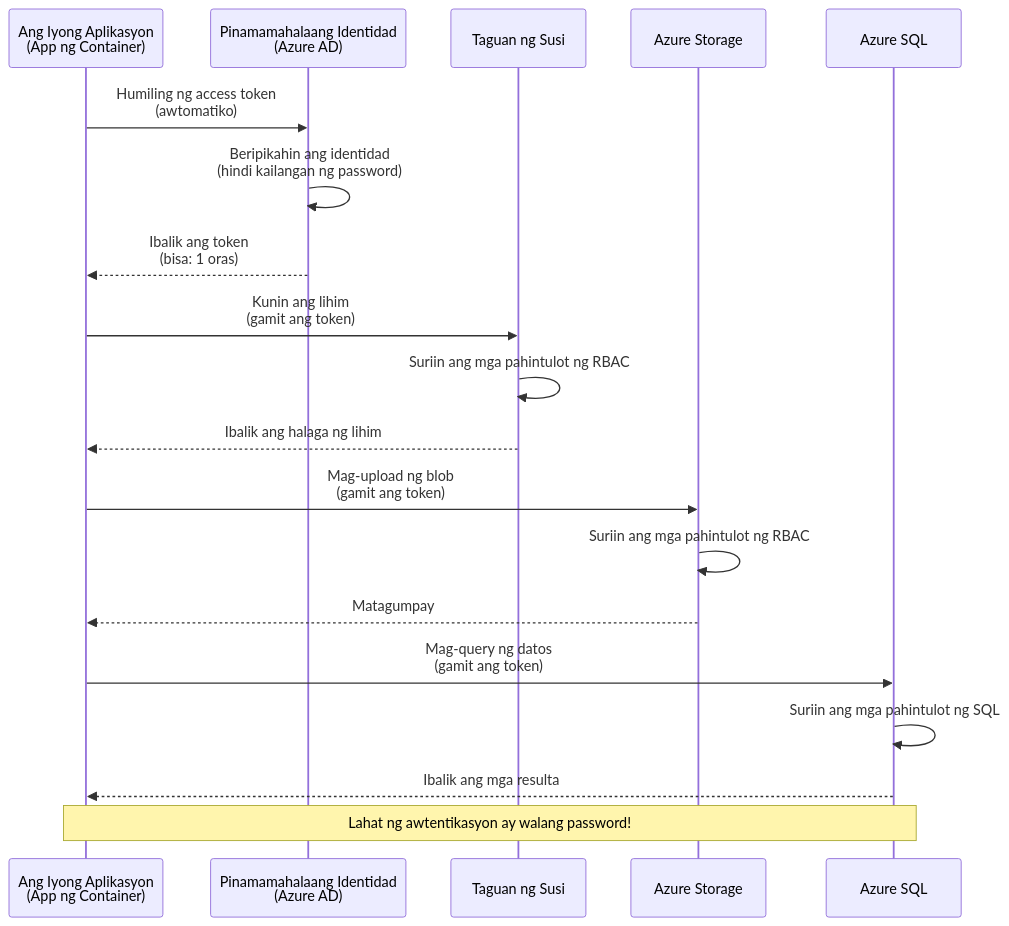
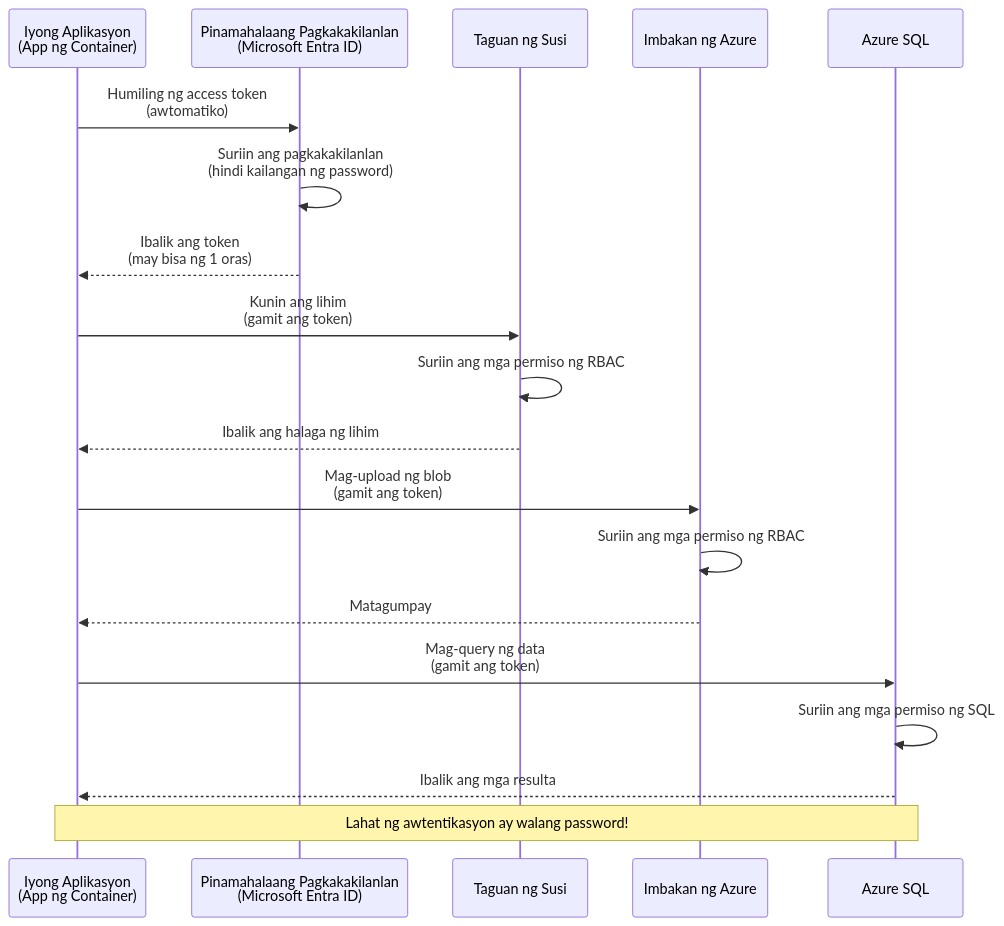
Before and after one commit to microsoft/AZD-for-beginners: the first of 2 diagrams in translations/tl/docs/chapter-03-configuration/authsecurity.md, drawn with Mermaid. The commit also changed other lines of this file and 104 other files, not shown here.

````diff
--- a/translations/tl/docs/chapter-03-configuration/authsecurity.md
+++ b/translations/tl/docs/chapter-03-configuration/authsecurity.md
@@ -69,26 +69,26 @@
 ```mermaid
 sequenceDiagram
-    participant App as Ang Iyong Aplikasyon<br/>(App ng Container)
-    participant MI as Pinamamahalaang Identidad<br/>(Azure AD)
+    participant App as Iyong Aplikasyon<br/>(App ng Container)
+    participant MI as Pinamahalaang Pagkakakilanlan<br/>(Microsoft Entra ID)
     participant KV as Taguan ng Susi
-    participant Storage as Azure Storage
+    participant Storage as Imbakan ng Azure
     participant DB as Azure SQL
     
     App->>MI: Humiling ng access token<br/>(awtomatiko)
-    MI->>MI: Beripikahin ang identidad<br/>(hindi kailangan ng password)
-    MI-->>App: Ibalik ang token<br/>(bisa: 1 oras)
+    MI->>MI: Suriin ang pagkakakilanlan<br/>(hindi kailangan ng password)
+    MI-->>App: Ibalik ang token<br/>(may bisa ng 1 oras)
     
     App->>KV: Kunin ang lihim<br/>(gamit ang token)
-    KV->>KV: Suriin ang mga pahintulot ng RBAC
+    KV->>KV: Suriin ang mga permiso ng RBAC
     KV-->>App: Ibalik ang halaga ng lihim
     
     App->>Storage: Mag-upload ng blob<br/>(gamit ang token)
-    Storage->>Storage: Suriin ang mga pahintulot ng RBAC
+    Storage->>Storage: Suriin ang mga permiso ng RBAC
     Storage-->>App: Matagumpay
     
-    App->>DB: Mag-query ng datos<br/>(gamit ang token)
-    DB->>DB: Suriin ang mga pahintulot ng SQL
+    App->>DB: Mag-query ng data<br/>(gamit ang token)
+    DB->>DB: Suriin ang mga permiso ng SQL
     DB-->>App: Ibalik ang mga resulta
     
     Note over App,DB: Lahat ng awtentikasyon ay walang password!
 ```
````
